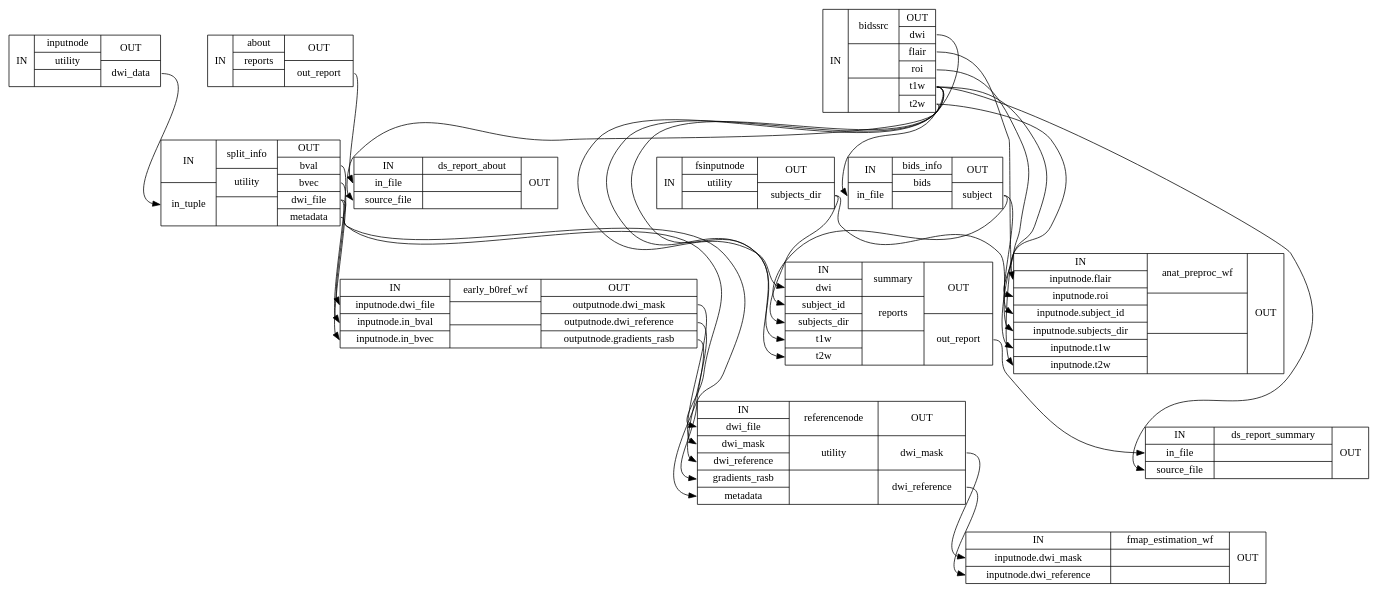
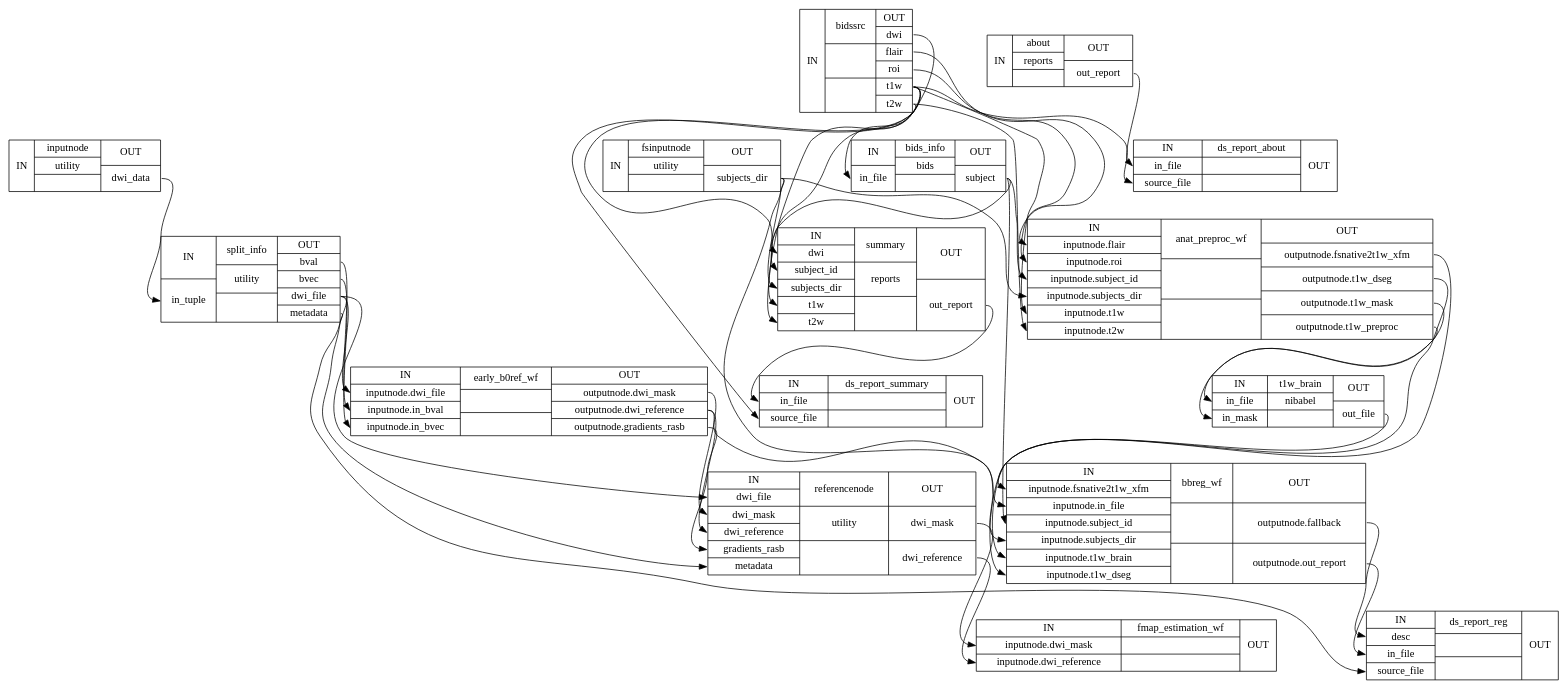
One commit to nipreps/dmriprep changed the diagram in 0.2.1/wf_directive/api/single_subject_THP0005_wf/dmriprep-workflows-base-2_detailed.dot. Above: the diagram before and after it, drawn with Graphviz. The commit also changed 285 other files, not shown here.

```diff
--- a/0.2.1/wf_directive/api/single_subject_THP0005_wf/dmriprep-workflows-base-2_detailed.dot
+++ b/0.2.1/wf_directive/api/single_subject_THP0005_wf/dmriprep-workflows-base-2_detailed.dot
@@ -1,43 +1,57 @@
 digraph structs {
 node [shape=record];
 single_subject_THP0005_wfinputnode [label="{IN}|{ inputnode | utility |  }|{OUT|<outdwidata> dwi_data}"];
 single_subject_THP0005_wfsplit_info [label="{IN|<inintuple> in_tuple}|{ split_info | utility |  }|{OUT|<outbval> bval|<outbvec> bvec|<outdwifile> dwi_file|<outmetadata> metadata}"];
 single_subject_THP0005_wfearly_b0ref_wf [label="{IN|<ininputnodedwifile> inputnode.dwi_file|<ininputnodeinbval> inputnode.in_bval|<ininputnodeinbvec> inputnode.in_bvec}|{ early_b0ref_wf |  |  }|{OUT|<outoutputnodedwimask> outputnode.dwi_mask|<outoutputnodedwireference> outputnode.dwi_reference|<outoutputnodegradientsrasb> outputnode.gradients_rasb}"];
 single_subject_THP0005_wfreferencenode [label="{IN|<indwifile> dwi_file|<indwimask> dwi_mask|<indwireference> dwi_reference|<ingradientsrasb> gradients_rasb|<inmetadata> metadata}|{ referencenode | utility |  }|{OUT|<outdwimask> dwi_mask|<outdwireference> dwi_reference}"];
 single_subject_THP0005_wffmap_estimation_wf [label="{IN|<ininputnodedwimask> inputnode.dwi_mask|<ininputnodedwireference> inputnode.dwi_reference}|{ fmap_estimation_wf |  |  }|{OUT}"];
 single_subject_THP0005_wfabout [label="{IN}|{ about | reports |  }|{OUT|<outoutreport> out_report}"];
 single_subject_THP0005_wfbidssrc [label="{IN}|{ bidssrc |  |  }|{OUT|<outdwi> dwi|<outflair> flair|<outroi> roi|<outt1w> t1w|<outt2w> t2w}"];
 single_subject_THP0005_wfds_report_about [label="{IN|<ininfile> in_file|<insourcefile> source_file}|{ ds_report_about |  |  }|{OUT}"];
 single_subject_THP0005_wfbids_info [label="{IN|<ininfile> in_file}|{ bids_info | bids |  }|{OUT|<outsubject> subject}"];
 single_subject_THP0005_wffsinputnode [label="{IN}|{ fsinputnode | utility |  }|{OUT|<outsubjectsdir> subjects_dir}"];
 single_subject_THP0005_wfsummary [label="{IN|<indwi> dwi|<insubjectid> subject_id|<insubjectsdir> subjects_dir|<int1w> t1w|<int2w> t2w}|{ summary | reports |  }|{OUT|<outoutreport> out_report}"];
 single_subject_THP0005_wfds_report_summary [label="{IN|<ininfile> in_file|<insourcefile> source_file}|{ ds_report_summary |  |  }|{OUT}"];
-single_subject_THP0005_wfanat_preproc_wf [label="{IN|<ininputnodeflair> inputnode.flair|<ininputnoderoi> inputnode.roi|<ininputnodesubjectid> inputnode.subject_id|<ininputnodesubjectsdir> inputnode.subjects_dir|<ininputnodet1w> inputnode.t1w|<ininputnodet2w> inputnode.t2w}|{ anat_preproc_wf |  |  }|{OUT}"];
+single_subject_THP0005_wfanat_preproc_wf [label="{IN|<ininputnodeflair> inputnode.flair|<ininputnoderoi> inputnode.roi|<ininputnodesubjectid> inputnode.subject_id|<ininputnodesubjectsdir> inputnode.subjects_dir|<ininputnodet1w> inputnode.t1w|<ininputnodet2w> inputnode.t2w}|{ anat_preproc_wf |  |  }|{OUT|<outoutputnodefsnative2t1wxfm> outputnode.fsnative2t1w_xfm|<outoutputnodet1wdseg> outputnode.t1w_dseg|<outoutputnodet1wmask> outputnode.t1w_mask|<outoutputnodet1wpreproc> outputnode.t1w_preproc}"];
+single_subject_THP0005_wft1w_brain [label="{IN|<ininfile> in_file|<ininmask> in_mask}|{ t1w_brain | nibabel |  }|{OUT|<outoutfile> out_file}"];
+single_subject_THP0005_wfbbreg_wf [label="{IN|<ininputnodefsnative2t1wxfm> inputnode.fsnative2t1w_xfm|<ininputnodeinfile> inputnode.in_file|<ininputnodesubjectid> inputnode.subject_id|<ininputnodesubjectsdir> inputnode.subjects_dir|<ininputnodet1wbrain> inputnode.t1w_brain|<ininputnodet1wdseg> inputnode.t1w_dseg}|{ bbreg_wf |  |  }|{OUT|<outoutputnodefallback> outputnode.fallback|<outoutputnodeoutreport> outputnode.out_report}"];
+single_subject_THP0005_wfds_report_reg [label="{IN|<indesc> desc|<ininfile> in_file|<insourcefile> source_file}|{ ds_report_reg |  |  }|{OUT}"];
 single_subject_THP0005_wfabout:outoutreport:e -> single_subject_THP0005_wfds_report_about:ininfile:w;
+single_subject_THP0005_wfanat_preproc_wf:outoutputnodefsnative2t1wxfm:e -> single_subject_THP0005_wfbbreg_wf:ininputnodefsnative2t1wxfm:w;
+single_subject_THP0005_wfanat_preproc_wf:outoutputnodet1wdseg:e -> single_subject_THP0005_wfbbreg_wf:ininputnodet1wdseg:w;
+single_subject_THP0005_wfanat_preproc_wf:outoutputnodet1wmask:e -> single_subject_THP0005_wft1w_brain:ininmask:w;
+single_subject_THP0005_wfanat_preproc_wf:outoutputnodet1wpreproc:e -> single_subject_THP0005_wft1w_brain:ininfile:w;
+single_subject_THP0005_wfbbreg_wf:outoutputnodefallback:e -> single_subject_THP0005_wfds_report_reg:indesc:w;
+single_subject_THP0005_wfbbreg_wf:outoutputnodeoutreport:e -> single_subject_THP0005_wfds_report_reg:ininfile:w;
 single_subject_THP0005_wfbids_info:outsubject:e -> single_subject_THP0005_wfanat_preproc_wf:ininputnodesubjectid:w;
+single_subject_THP0005_wfbids_info:outsubject:e -> single_subject_THP0005_wfbbreg_wf:ininputnodesubjectid:w;
 single_subject_THP0005_wfbids_info:outsubject:e -> single_subject_THP0005_wfsummary:insubjectid:w;
 single_subject_THP0005_wfbidssrc:outdwi:e -> single_subject_THP0005_wfsummary:indwi:w;
 single_subject_THP0005_wfbidssrc:outflair:e -> single_subject_THP0005_wfanat_preproc_wf:ininputnodeflair:w;
 single_subject_THP0005_wfbidssrc:outroi:e -> single_subject_THP0005_wfanat_preproc_wf:ininputnoderoi:w;
 single_subject_THP0005_wfbidssrc:outt1w:e -> single_subject_THP0005_wfanat_preproc_wf:ininputnodet1w:w;
 single_subject_THP0005_wfbidssrc:outt1w:e -> single_subject_THP0005_wfbids_info:ininfile:w;
 single_subject_THP0005_wfbidssrc:outt1w:e -> single_subject_THP0005_wfds_report_about:insourcefile:w;
 single_subject_THP0005_wfbidssrc:outt1w:e -> single_subject_THP0005_wfds_report_summary:insourcefile:w;
 single_subject_THP0005_wfbidssrc:outt1w:e -> single_subject_THP0005_wfsummary:int1w:w;
 single_subject_THP0005_wfbidssrc:outt2w:e -> single_subject_THP0005_wfanat_preproc_wf:ininputnodet2w:w;
 single_subject_THP0005_wfbidssrc:outt2w:e -> single_subject_THP0005_wfsummary:int2w:w;
 single_subject_THP0005_wfearly_b0ref_wf:outoutputnodedwimask:e -> single_subject_THP0005_wfreferencenode:indwimask:w;
+single_subject_THP0005_wfearly_b0ref_wf:outoutputnodedwireference:e -> single_subject_THP0005_wfbbreg_wf:ininputnodeinfile:w;
 single_subject_THP0005_wfearly_b0ref_wf:outoutputnodedwireference:e -> single_subject_THP0005_wfreferencenode:indwireference:w;
 single_subject_THP0005_wfearly_b0ref_wf:outoutputnodegradientsrasb:e -> single_subject_THP0005_wfreferencenode:ingradientsrasb:w;
 single_subject_THP0005_wffsinputnode:outsubjectsdir:e -> single_subject_THP0005_wfanat_preproc_wf:ininputnodesubjectsdir:w;
+single_subject_THP0005_wffsinputnode:outsubjectsdir:e -> single_subject_THP0005_wfbbreg_wf:ininputnodesubjectsdir:w;
 single_subject_THP0005_wffsinputnode:outsubjectsdir:e -> single_subject_THP0005_wfsummary:insubjectsdir:w;
 single_subject_THP0005_wfinputnode:outdwidata:e -> single_subject_THP0005_wfsplit_info:inintuple:w;
 single_subject_THP0005_wfreferencenode:outdwimask:e -> single_subject_THP0005_wffmap_estimation_wf:ininputnodedwimask:w;
 single_subject_THP0005_wfreferencenode:outdwireference:e -> single_subject_THP0005_wffmap_estimation_wf:ininputnodedwireference:w;
 single_subject_THP0005_wfsplit_info:outbval:e -> single_subject_THP0005_wfearly_b0ref_wf:ininputnodeinbval:w;
 single_subject_THP0005_wfsplit_info:outbvec:e -> single_subject_THP0005_wfearly_b0ref_wf:ininputnodeinbvec:w;
+single_subject_THP0005_wfsplit_info:outdwifile:e -> single_subject_THP0005_wfds_report_reg:insourcefile:w;
 single_subject_THP0005_wfsplit_info:outdwifile:e -> single_subject_THP0005_wfearly_b0ref_wf:ininputnodedwifile:w;
 single_subject_THP0005_wfsplit_info:outdwifile:e -> single_subject_THP0005_wfreferencenode:indwifile:w;
 single_subject_THP0005_wfsplit_info:outmetadata:e -> single_subject_THP0005_wfreferencenode:inmetadata:w;
 single_subject_THP0005_wfsummary:outoutreport:e -> single_subject_THP0005_wfds_report_summary:ininfile:w;
+single_subject_THP0005_wft1w_brain:outoutfile:e -> single_subject_THP0005_wfbbreg_wf:ininputnodet1wbrain:w;
 }
```
